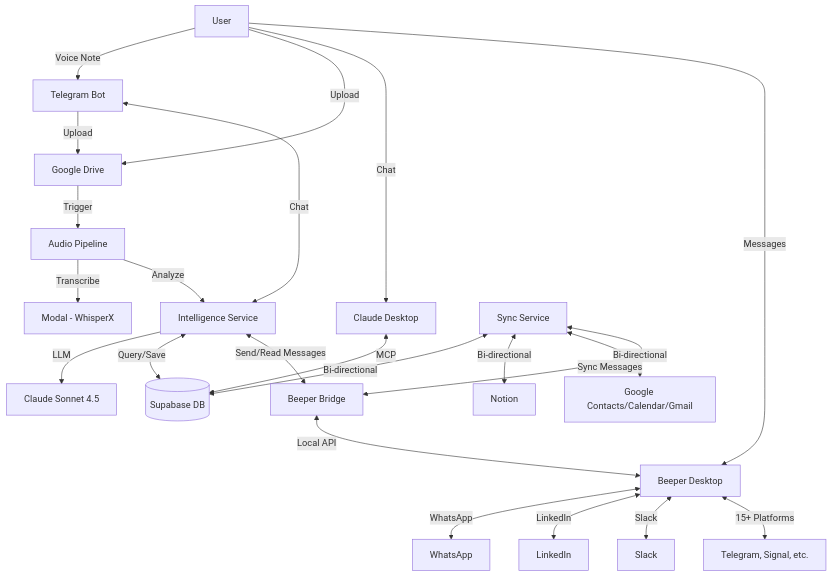
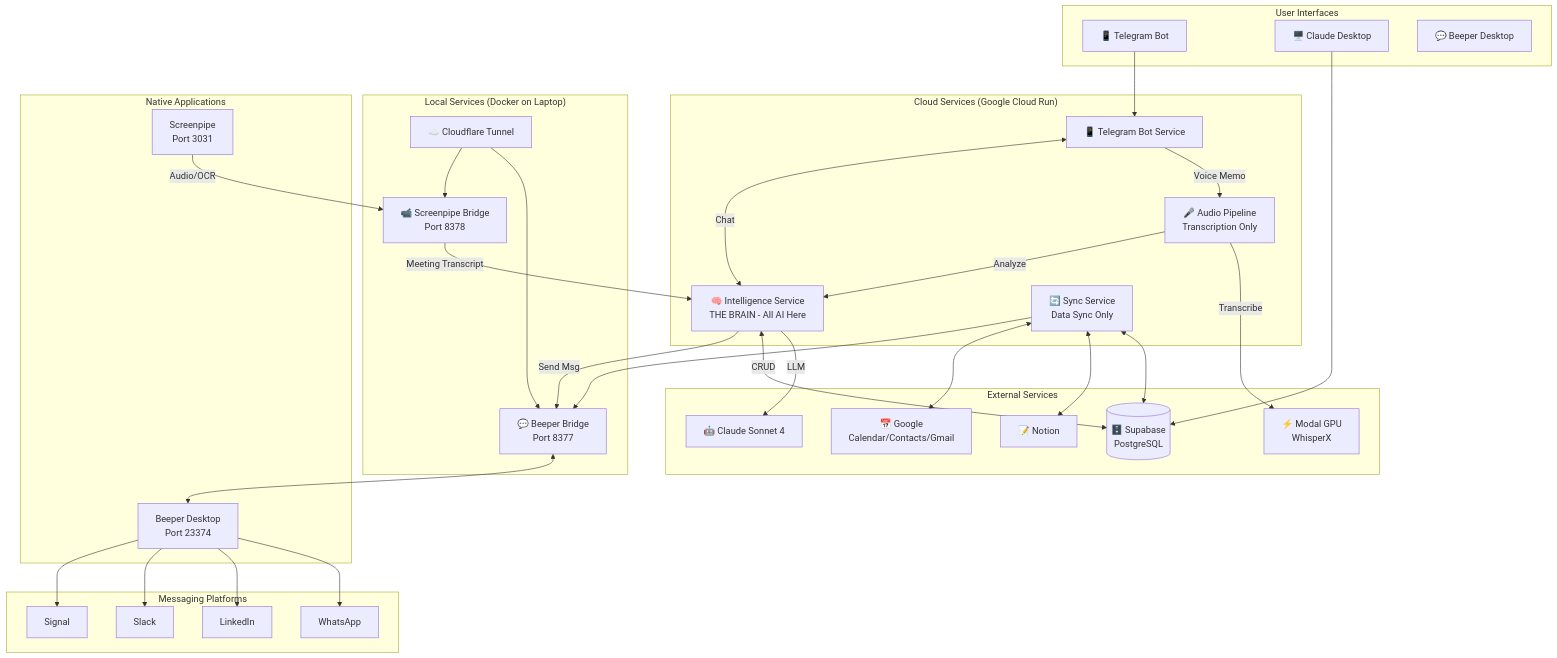
The diagram in README.md (JulienMaterno/jarvis-ecosystem), drawn with Mermaid before and after one commit. The commit also changed other lines of this file, not shown here.

````diff
--- a/README.md
+++ b/README.md
@@ -78,32 +55,79 @@
 ```mermaid
 graph TD
-    User[User] -->|Voice Note| Telegram[Telegram Bot]
-    User -->|Upload| Drive[Google Drive]
-    User -->|Chat| ClaudeDesktop[Claude Desktop]
-    User -->|Messages| BeeperDesktop[Beeper Desktop]
-    
-    Telegram -->|Upload| Drive
-    Telegram <-->|Chat| Intelligence[Intelligence Service]
-    
-    Drive -->|Trigger| AudioPipeline[Audio Pipeline]
-    
-    AudioPipeline -->|Transcribe| Modal[Modal - WhisperX]
-    AudioPipeline -->|Analyze| Intelligence
-    
-    Intelligence -->|LLM| Claude[Claude Sonnet 4.5]
-    Intelligence <-->|Query/Save| Supabase[(Supabase DB)]
-    Intelligence <-->|Send/Read Messages| BeeperBridge[Beeper Bridge]
-    
-    BeeperBridge <-->|Local API| BeeperDesktop
-    BeeperDesktop <-->|WhatsApp| WhatsApp[WhatsApp]
-    BeeperDesktop <-->|LinkedIn| LinkedIn[LinkedIn]
-    BeeperDesktop <-->|Slack| Slack[Slack]
-    BeeperDesktop <-->|15+ Platforms| Others[Telegram, Signal, etc.]
-    
-    ClaudeDesktop <-->|MCP| Supabase
-    
-    Sync[Sync Service] <-->|Bi-directional| Supabase
-    Sync <-->|Bi-directional| Notion[Notion]
-    Sync <-->|Bi-directional| Google[Google Contacts/Calendar/Gmail]
-    Sync <-->|Sync Messages| BeeperBridge
+    subgraph "User Interfaces"
+        Telegram[📱 Telegram Bot]
+        Claude[🖥️ Claude Desktop]
+        Beeper[💬 Beeper Desktop]
+    end
+
+    subgraph "Cloud Services (Google Cloud Run)"
+        Intelligence[🧠 Intelligence Service<br/>THE BRAIN - All AI Here]
+        Audio[🎤 Audio Pipeline<br/>Transcription Only]
+        Sync[🔄 Sync Service<br/>Data Sync Only]
+        TeleBot[📱 Telegram Bot Service]
+    end
+
+    subgraph "Local Services (Docker on Laptop)"
+        BeeperBridge[💬 Beeper Bridge<br/>Port 8377]
+        ScreenpipeBridge[📹 Screenpipe Bridge<br/>Port 8378]
+        Tunnel[☁️ Cloudflare Tunnel]
+    end
+
+    subgraph "Native Applications"
+        BeeperApp[Beeper Desktop<br/>Port 23374]
+        Screenpipe[Screenpipe<br/>Port 3031]
+    end
+
+    subgraph "External Services"
+        Modal[⚡ Modal GPU<br/>WhisperX]
+        Claude_API[🤖 Claude Sonnet 4]
+        Supabase[(🗄️ Supabase<br/>PostgreSQL)]
+        Notion[📝 Notion]
+        Google[📅 Google<br/>Calendar/Contacts/Gmail]
+    end
+
+    subgraph "Messaging Platforms"
+        WhatsApp[WhatsApp]
+        LinkedIn[LinkedIn]
+        Slack[Slack]
+        Signal[Signal]
+    end
+
+    %% User to interfaces
+    Telegram --> TeleBot
+    Claude --> Supabase
+
+    %% Telegram flow
+    TeleBot -->|Voice Memo| Audio
+    TeleBot <-->|Chat| Intelligence
+
+    %% Audio Pipeline flow
+    Audio -->|Transcribe| Modal
+    Audio -->|Analyze| Intelligence
+
+    %% Intelligence Service connections
+    Intelligence -->|LLM| Claude_API
+    Intelligence <-->|CRUD| Supabase
+    Intelligence -->|Send Msg| BeeperBridge
+
+    %% Screenpipe flow
+    Screenpipe -->|Audio/OCR| ScreenpipeBridge
+    ScreenpipeBridge -->|Meeting Transcript| Intelligence
+
+    %% Beeper flow
+    BeeperBridge <--> BeeperApp
+    BeeperApp --> WhatsApp
+    BeeperApp --> LinkedIn
+    BeeperApp --> Slack
+    BeeperApp --> Signal
+
+    %% Tunnel exposure
+    Tunnel --> BeeperBridge
+    Tunnel --> ScreenpipeBridge
+
+    %% Sync Service
+    Sync <--> Supabase
+    Sync <--> Notion
+    Sync <--> Google
+    Sync --> BeeperBridge
 ```
````
